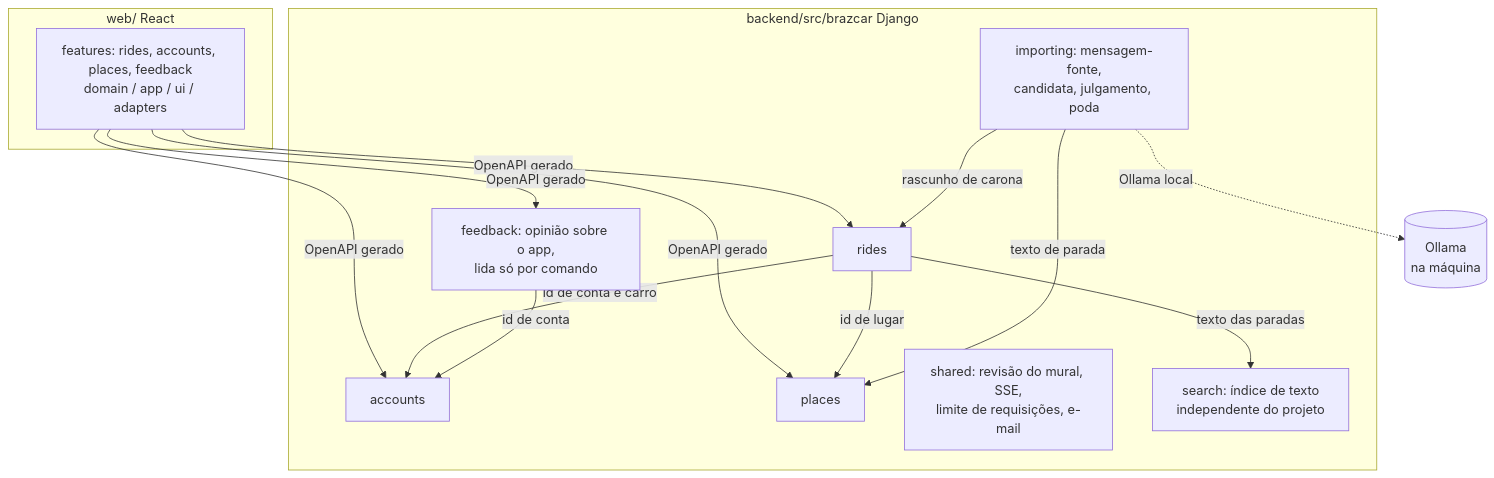
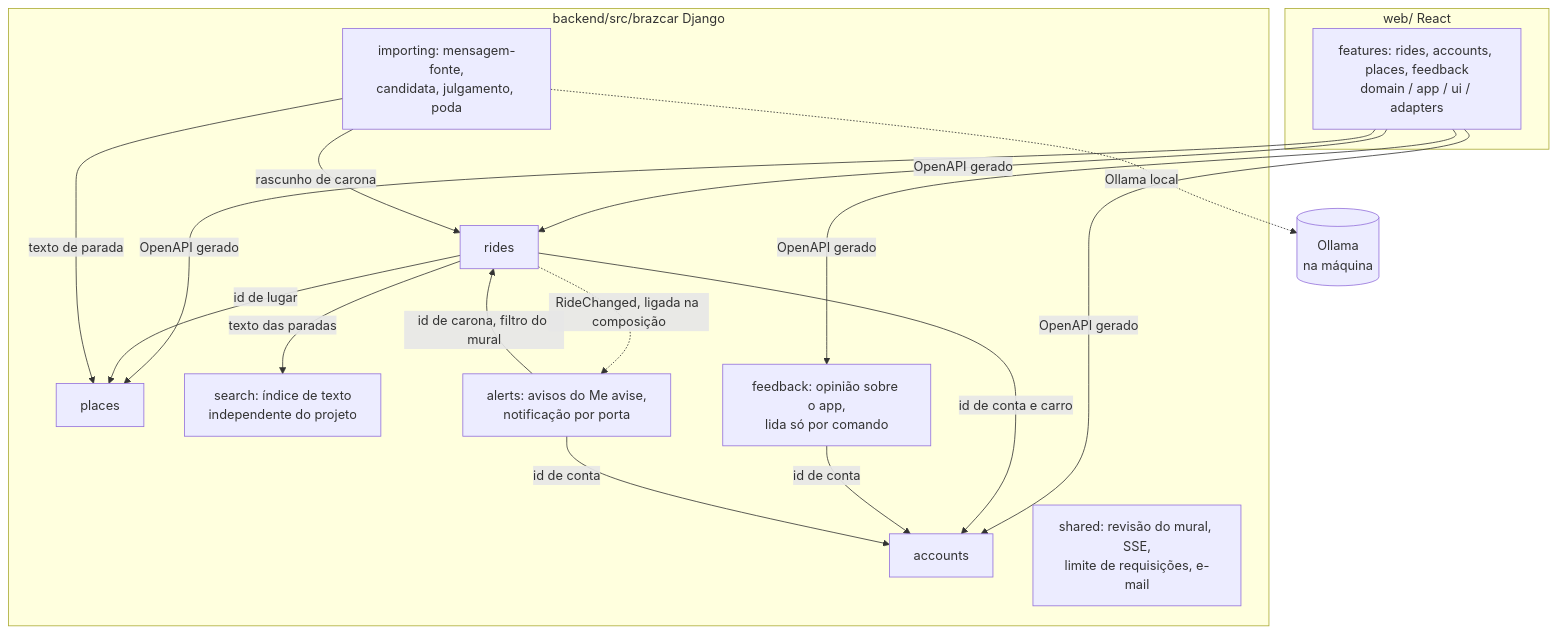
The second of 2 diagrams in docs/architecture.md (edududs/BrazCar), drawn with Mermaid before and after one commit. The commit also changed other lines of this file and 7 other files, not shown here.

````diff
--- a/docs/architecture.md
+++ b/docs/architecture.md
@@ -24,23 +24,27 @@
 ```mermaid
 flowchart TB
     subgraph web [web/ React]
         F[features: rides, accounts, places, feedback<br/>domain / app / ui / adapters]
     end
     subgraph src [backend/src/brazcar Django]
         R[rides]
         AC[accounts]
         PL[places]
         SH[shared: revisão do mural, SSE,<br/>limite de requisições, e-mail]
         SE[search: índice de texto<br/>independente do projeto]
         IM[importing: mensagem-fonte,<br/>candidata, julgamento, poda]
         FB[feedback: opinião sobre o app,<br/>lida só por comando]
+        AL[alerts: avisos do Me avise,<br/>notificação por porta]
     end
     F -->|OpenAPI gerado| R & AC & PL & FB
     R -->|id de lugar| PL
     R -->|id de conta e carro| AC
     FB -->|id de conta| AC
     R -->|texto das paradas| SE
     IM -->|rascunho de carona| R
     IM -->|texto de parada| PL
+    AL -->|id de carona, filtro do mural| R
+    AL -->|id de conta| AC
+    R -.->|RideChanged, ligada na composição| AL
     IM -.->|Ollama local| LLM[(Ollama<br/>na máquina)]
 ```
````
